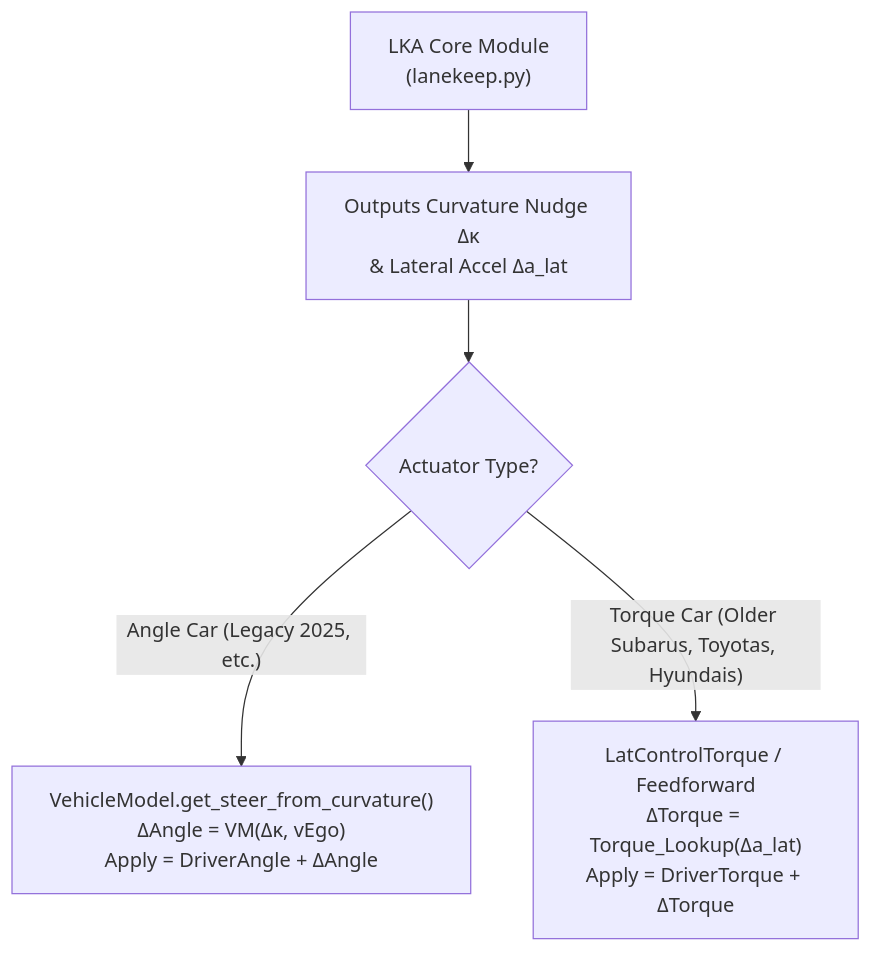
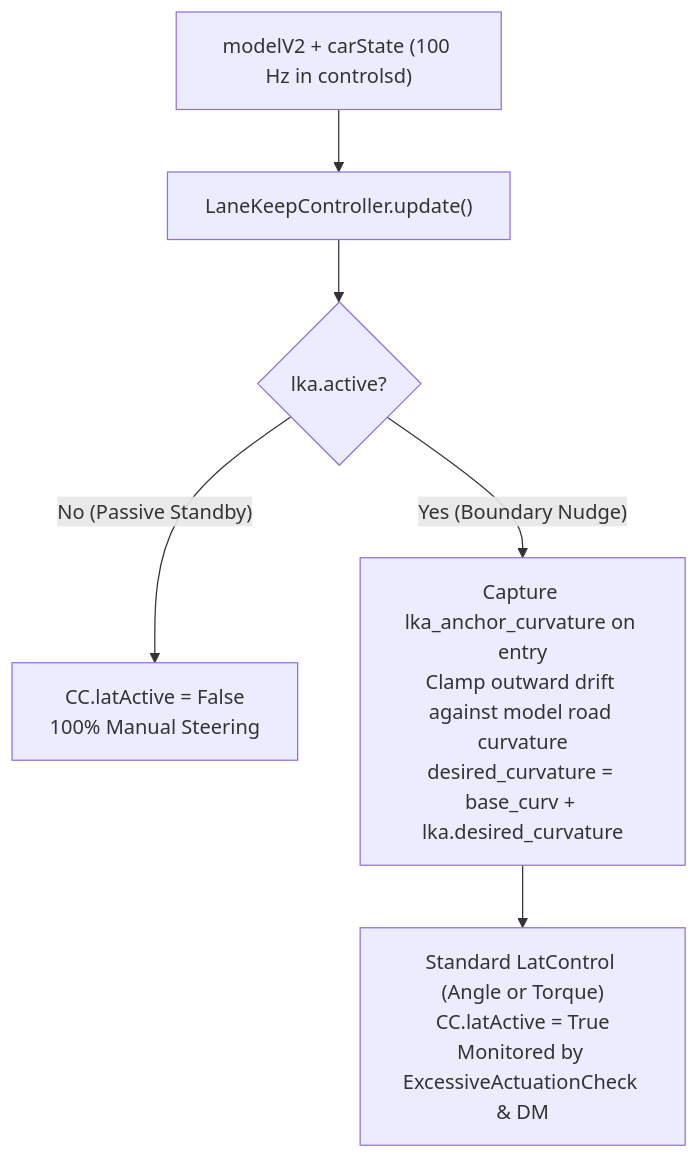
Before and after one commit to Frogger900/StarPilot: the second of 3 diagrams in docs/lane_keep_system_plan.md, drawn with Mermaid. The commit also changed other lines of this file and 30 other files, not shown here.

````diff
--- a/docs/lane_keep_system_plan.md
+++ b/docs/lane_keep_system_plan.md
@@ -181,7 +121,8 @@
 ```mermaid
 flowchart TD
-    LKA["LKA Core Module<br/>(lanekeep.py)"] --> Curv["Outputs Curvature Nudge Δκ<br/>& Lateral Accel Δa_lat"]
-    Curv --> Check{"Actuator Type?"}
-    Check -- "Angle Car (Legacy 2025, etc.)" --> VM["VehicleModel.get_steer_from_curvature()<br/>ΔAngle = VM(Δκ, vEgo)<br/>Apply = DriverAngle + ΔAngle"]
-    Check -- "Torque Car (Older Subarus, Toyotas, Hyundais)" --> Torque["LatControlTorque / Feedforward<br/>ΔTorque = Torque_Lookup(Δa_lat)<br/>Apply = DriverTorque + ΔTorque"]
+    Model["modelV2 + carState (100 Hz in controlsd)"] --> LKA["LaneKeepController.update()"]
+    LKA --> Nudge{"lka.active?"}
+    Nudge -- "No (Passive Standby)" --> Idle["CC.latActive = False<br/>100% Manual Steering"]
+    Nudge -- "Yes (Boundary Nudge)" --> Anchor["Capture lka_anchor_curvature on entry<br/>Clamp outward drift against model road curvature<br/>desired_curvature = base_curv + lka.desired_curvature"]
+    Anchor --> LatCtrl["Standard LatControl (Angle or Torque)<br/>CC.latActive = True<br/>Monitored by ExcessiveActuationCheck & DM"]
 ```
````
